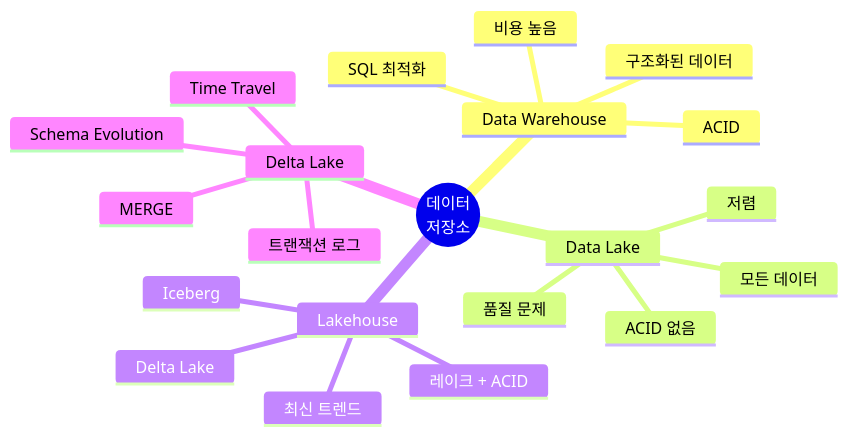
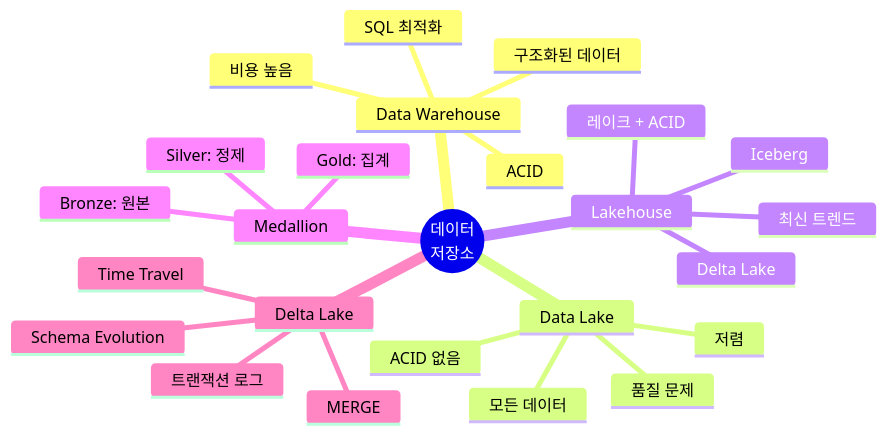
Before and after one commit to KimSeogyu/KimSeogyu.github.io: diagram 14 of 14 in src/content/data-engineering/de-10-lakehouse-architecture.md, drawn with Mermaid. The commit also changed other lines of this file and 1 other file, not shown here.

````diff
--- a/src/content/data-engineering/de-10-lakehouse-architecture.md
+++ b/src/content/data-engineering/de-10-lakehouse-architecture.md
@@ -401,24 +492,28 @@
 ```mermaid
 mindmap
   root((데이터<br/>저장소))
     Data Warehouse
       구조화된 데이터
       ACID
       SQL 최적화
       비용 높음
     Data Lake
       모든 데이터
       저렴
       ACID 없음
       품질 문제
     Lakehouse
       레이크 + ACID
       Delta Lake
       Iceberg
       최신 트렌드
+    Medallion
+      Bronze: 원본
+      Silver: 정제
+      Gold: 집계
     Delta Lake
       트랜잭션 로그
       Time Travel
       Schema Evolution
       MERGE
 ```
````
